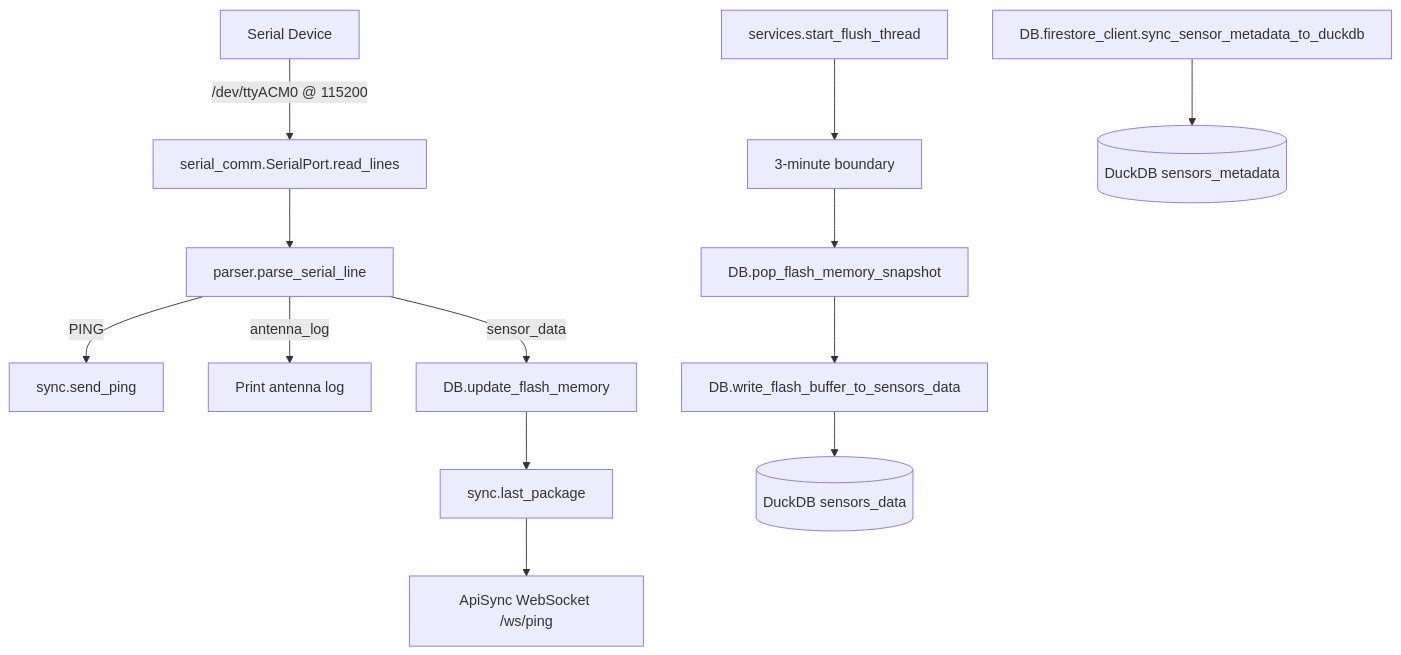
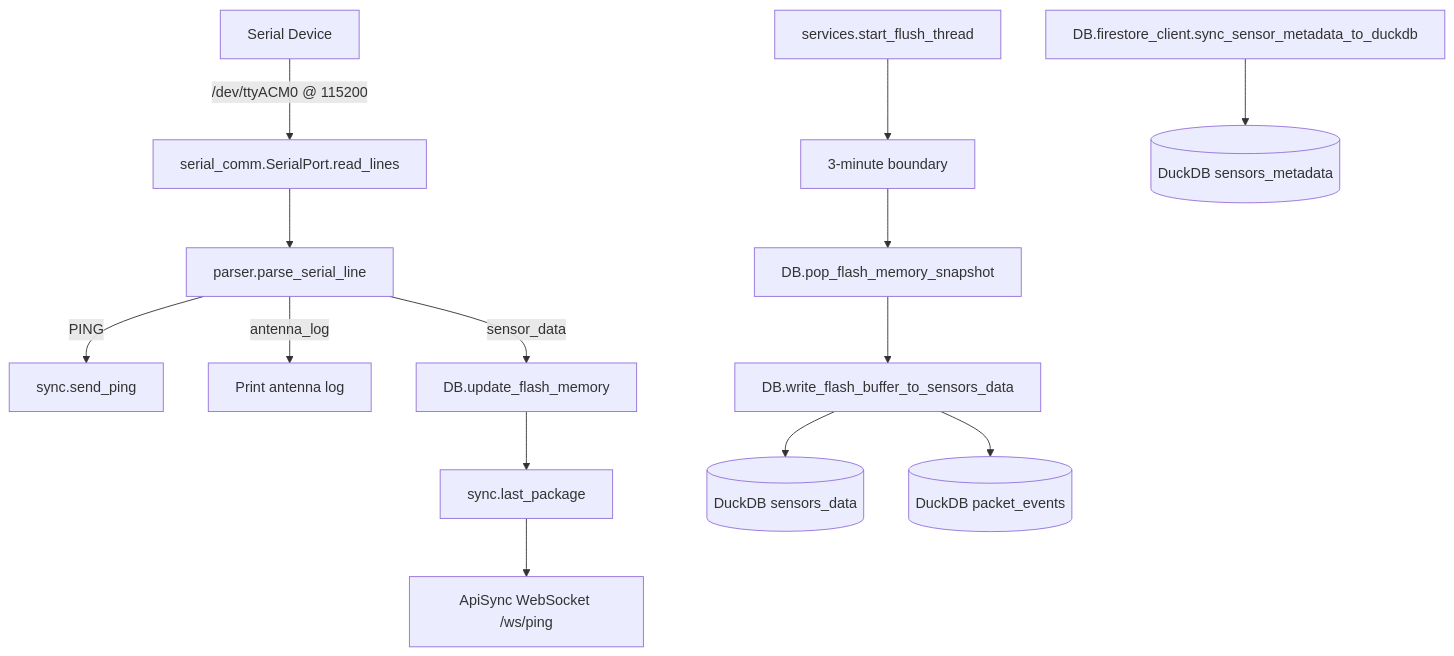
The first of 2 diagrams in F4D_python/README.md (field-4d/cloud), drawn with Mermaid before and after one commit.

Commit message:
Update README to include DuckDB packet_events in flowchart

````diff
--- a/F4D_python/README.md
+++ b/F4D_python/README.md
@@ -22,19 +22,20 @@
 ```mermaid
 flowchart TD
   A[Serial Device] -->|/dev/ttyACM0 @ 115200| B[serial_comm.SerialPort.read_lines]
   B --> C[parser.parse_serial_line]
 
   C -->|PING| D[sync.send_ping]
   C -->|antenna_log| E[Print antenna log]
   C -->|sensor_data| F[DB.update_flash_memory]
 
   F --> G[sync.last_package]
   G --> H[ApiSync WebSocket /ws/ping]
 
   I[services.start_flush_thread] --> J[3-minute boundary]
   J --> K[DB.pop_flash_memory_snapshot]
   K --> L[DB.write_flash_buffer_to_sensors_data]
   L --> M[(DuckDB sensors_data)]
+  L --> P[(DuckDB packet_events)]
 
   N[DB.firestore_client.sync_sensor_metadata_to_duckdb] --> O[(DuckDB sensors_metadata)]
 ```
````
